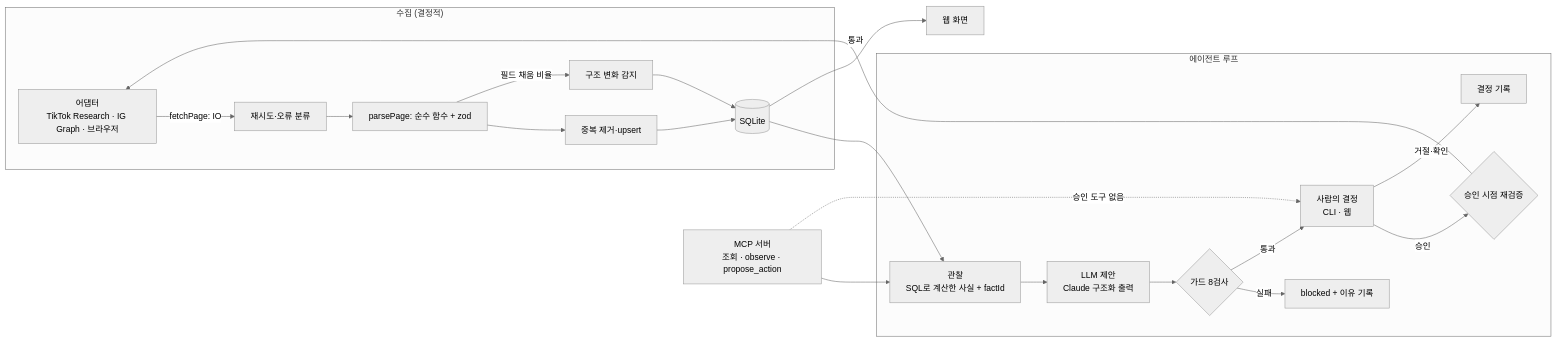
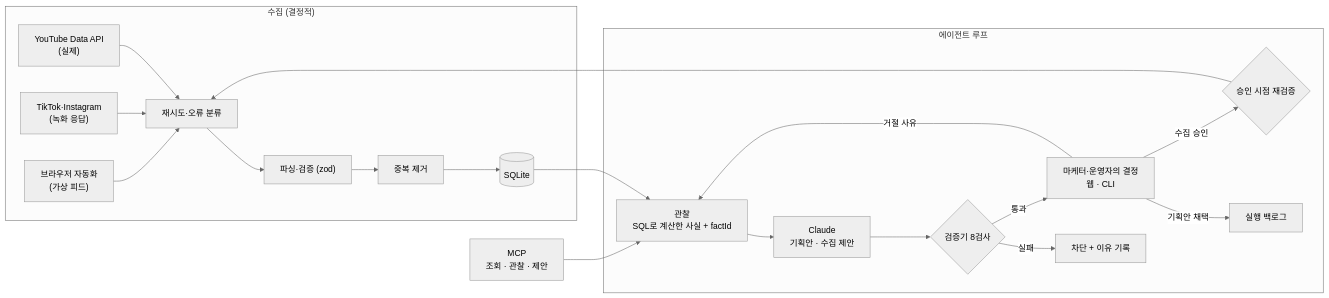
Before and after one commit to jjikkobro/marketing-tool-sy: the diagram in README.md, drawn with Mermaid (neutral theme). The commit also changed other lines of this file and 43 other files, not shown here.

First line of the commit message:
feat: 실제 수집(YouTube)·마케터용 AI 기획안·라이브 검증 — 시뮬레이션 30회 결과 반영

````diff
--- a/README.md
+++ b/README.md
@@ -103,22 +51,20 @@
 ```mermaid
 flowchart LR
   subgraph collect["수집 (결정적)"]
-    A["어댑터<br/>TikTok Research · IG Graph · 브라우저"] -->|fetchPage: IO| R[재시도·오류 분류]
-    R --> P["parsePage: 순수 함수 + zod"]
-    P --> D[중복 제거·upsert]
-    D --> DB[(SQLite)]
-    P -->|필드 채움 비율| DR[구조 변화 감지] --> DB
+    YT["YouTube Data API<br/>(실제)"] --> R
+    TT["TikTok·Instagram<br/>(녹화 응답)"] --> R
+    BR["브라우저 자동화<br/>(가상 피드)"] --> R
+    R[재시도·오류 분류] --> P["파싱·검증 (zod)"] --> D[중복 제거] --> DB[(SQLite)]
   end
   subgraph agent["에이전트 루프"]
     DB --> O["관찰<br/>SQL로 계산한 사실 + factId"]
-    O --> L["LLM 제안<br/>Claude 구조화 출력"]
-    L --> G{"가드 8검사"}
-    G -->|실패| B[blocked + 이유 기록]
-    G -->|통과| H["사람의 결정<br/>CLI · 웹"]
-    H -->|승인| RE{승인 시점 재검증} -->|통과| A
-    H -->|거절·확인| LOG[결정 기록]
+    O --> L["Claude<br/>기획안 · 수집 제안"]
+    L --> G{"검증기 8검사"}
+    G -->|실패| B[차단 + 이유 기록]
+    G -->|통과| H["마케터·운영자의 결정<br/>웹 · CLI"]
+    H -->|기획안 채택| BL[실행 백로그]
+    H -->|수집 승인| RE{승인 시점 재검증} --> R
+    H -->|거절 사유| O
   end
-  MCP["MCP 서버<br/>조회 · observe · propose_action"] --> O
-  MCP -.->|승인 도구 없음| H
-  DB --> WEB[웹 화면]
+  MCP["MCP<br/>조회 · 관찰 · 제안"] --> O
 ```
````
